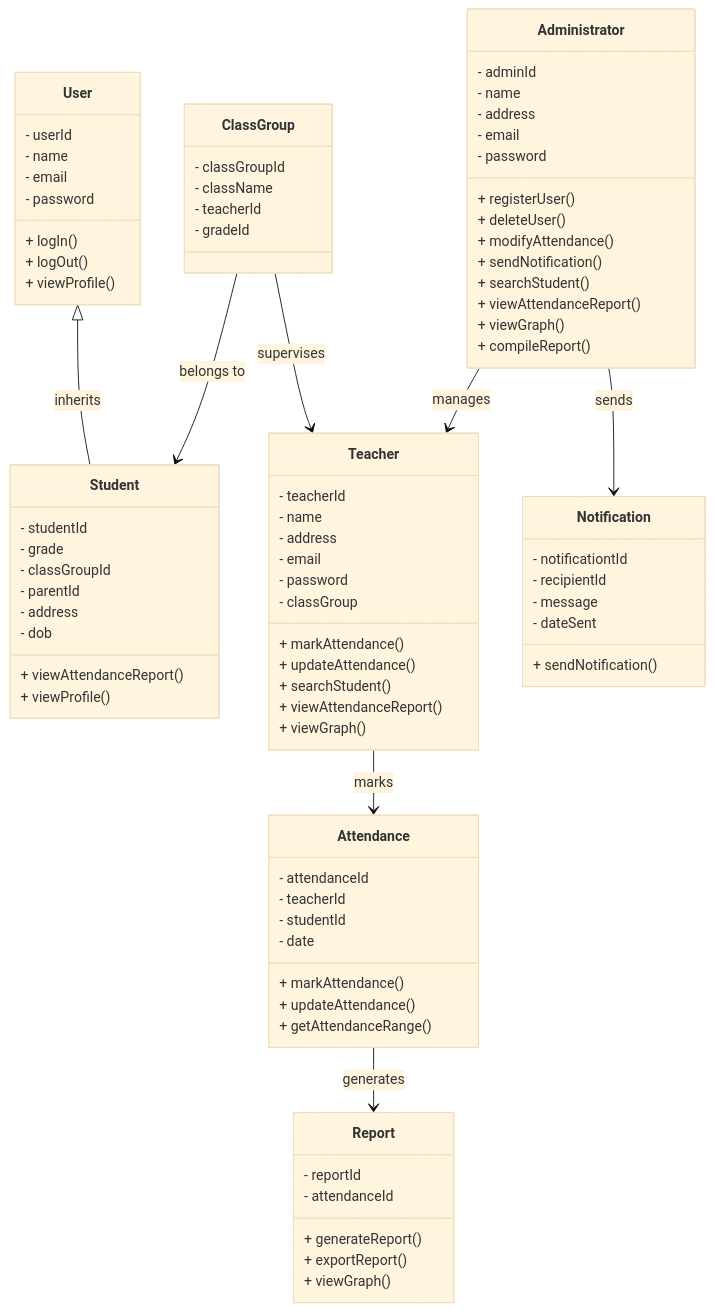
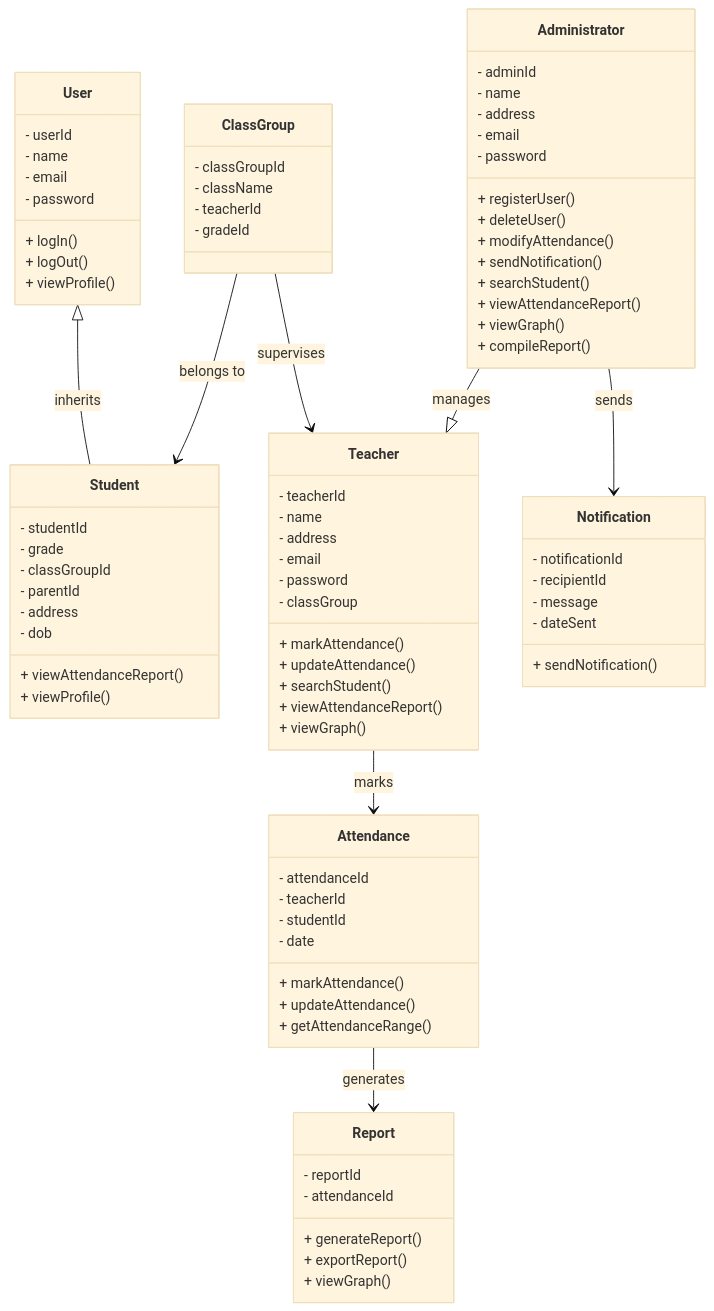
One commit to Dimitri-Ferus-216058570/ElectronicAttendanceSystem changed the diagram in DOMAIN MODEL DOCS/DOMAIN MODEL DOCUMENTATION.MD. Above: the diagram before and after it, drawn with Mermaid (base theme).

Commit message:
Update DOMAIN MODEL DOCUMENTATION.MD

```diff
--- a/DOMAIN MODEL DOCS/DOMAIN MODEL DOCUMENTATION.MD
+++ b/DOMAIN MODEL DOCS/DOMAIN MODEL DOCUMENTATION.MD
@@ -33,7 +33,7 @@
         + viewAttendanceReport()
         + viewProfile()
     }
-    
+
     class Teacher {
         - teacherId
         - name
@@ -73,7 +73,7 @@
         + updateAttendance()
         + getAttendanceRange()
     }
-    
+
     class Report {
         - reportId
         - attendanceId
@@ -81,15 +81,15 @@
         + exportReport()
         + viewGraph()
     }
-    
+
     class Notification {
-        - notificationtId
+        - notificationId
         - recipientId
         - message
         - dateSent
         + sendNotification()
     }
-    
+
     class ClassGroup {
         - classGroupId
         - className
@@ -98,7 +98,7 @@
     }
 
     User <|-- Student : inherits
-    Administrator --> Teacher : manages
+    Administrator --|> Teacher : manages
     Teacher --> Attendance : marks
     Attendance --> Report : generates
     Administrator --> Notification : sends
```
